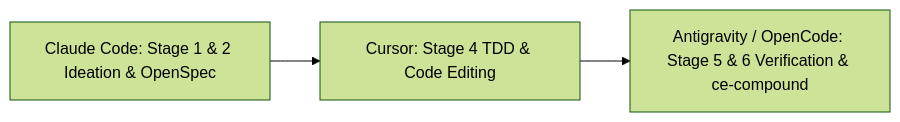
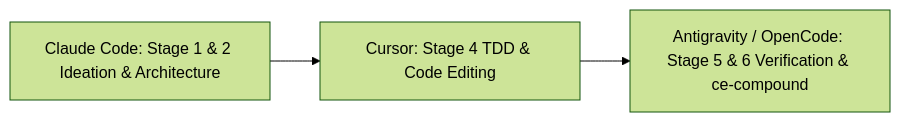
Before and after one commit to mastepanoski/ce-ai: the fifth of 9 diagrams in docs/user-guide/quick-start-workflow-guide.md, drawn with Mermaid (forest theme). The commit also changed other lines of this file and 14 other files, not shown here.

````diff
--- a/docs/user-guide/quick-start-workflow-guide.md
+++ b/docs/user-guide/quick-start-workflow-guide.md
@@ -177,5 +177,5 @@
 ```mermaid
 flowchart LR
-    CLAUDE[Claude Code: Stage 1 & 2 Ideation & OpenSpec] --> CURSOR[Cursor: Stage 4 TDD & Code Editing]
+    CLAUDE[Claude Code: Stage 1 & 2 Ideation & Architecture] --> CURSOR[Cursor: Stage 4 TDD & Code Editing]
     CURSOR --> AGY[Antigravity / OpenCode: Stage 5 & 6 Verification & ce-compound]
 ```
````
